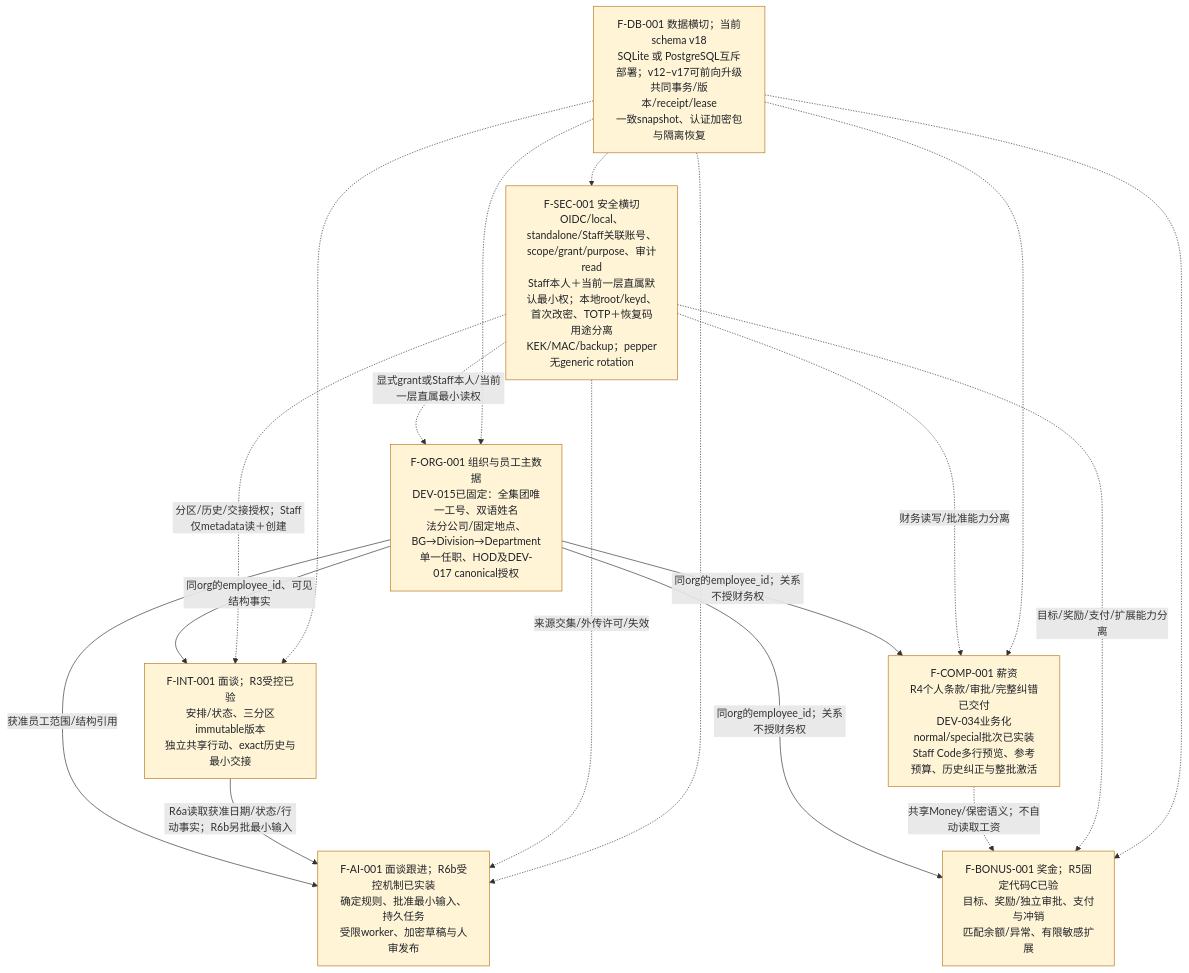
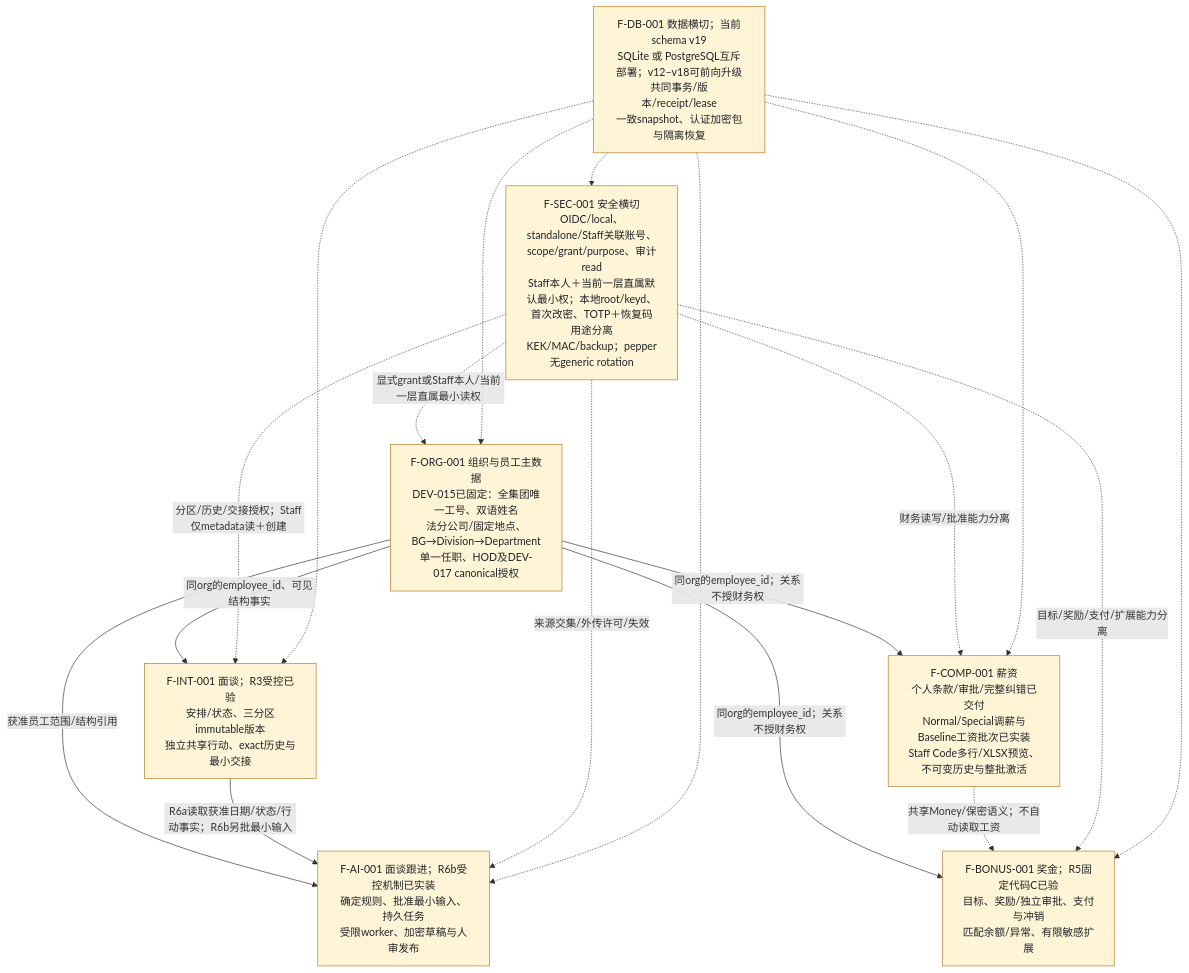
The first of 14 diagrams in docs/FUNCTIONAL_SPEC.md (r404r/team-ledger-pub), drawn with Mermaid before and after one commit. The commit also changed other lines of this file and 5 other files, not shown here.

````diff
--- a/docs/FUNCTIONAL_SPEC.md
+++ b/docs/FUNCTIONAL_SPEC.md
@@ -16,30 +16,30 @@
 ```mermaid
 flowchart TB
     org["F-ORG-001 组织与员工主数据<br/>DEV-015已固定：全集团唯一工号、双语姓名<br/>法分公司/固定地点、BG→Division→Department<br/>单一任职、HOD及DEV-017 canonical授权"]
     interview["F-INT-001 面谈；R3受控已验<br/>安排/状态、三分区immutable版本<br/>独立共享行动、exact历史与最小交接"]
-    comp["F-COMP-001 薪资<br/>R4个人条款/审批/完整纠错已交付<br/>DEV-034业务化normal/special批次已实装<br/>Staff Code多行预览、参考预算、历史纠正与整批激活"]
+    comp["F-COMP-001 薪资<br/>个人条款/审批/完整纠错已交付<br/>Normal/Special调薪与Baseline工资批次已实装<br/>Staff Code多行/XLSX预览、不可变历史与整批激活"]
     bonus["F-BONUS-001 奖金；R5固定代码C已验<br/>目标、奖励/独立审批、支付与冲销<br/>匹配余额/异常、有限敏感扩展"]
     ai["F-AI-001 面谈跟进；R6b受控机制已实装<br/>确定规则、批准最小输入、持久任务<br/>受限worker、加密草稿与人审发布"]
     sec["F-SEC-001 安全横切<br/>OIDC/local、standalone/Staff关联账号、scope/grant/purpose、审计read<br/>Staff本人＋当前一层直属默认最小权；本地root/keyd、首次改密、TOTP＋恢复码<br/>用途分离KEK/MAC/backup；pepper无generic rotation"]
-    db["F-DB-001 数据横切；当前schema v18<br/>SQLite 或 PostgreSQL互斥部署；v12–v17可前向升级<br/>共同事务/版本/receipt/lease<br/>一致snapshot、认证加密包与隔离恢复"]
+    db["F-DB-001 数据横切；当前schema v19<br/>SQLite 或 PostgreSQL互斥部署；v12–v18可前向升级<br/>共同事务/版本/receipt/lease<br/>一致snapshot、认证加密包与隔离恢复"]
     org -->|"同org的employee_id、可见结构事实"| interview
     org -->|"同org的employee_id；关系不授财务权"| comp
     org -->|"同org的employee_id；关系不授财务权"| bonus
     org -->|"获准员工范围/结构引用"| ai
     interview -->|"R6a读取获准日期/状态/行动事实；R6b另批最小输入"| ai
     comp -.->|"共享Money/保密语义；不自动读取工资"| bonus
     sec -.->|"显式grant或Staff本人/当前一层直属最小读权"| org
     sec -.->|"分区/历史/交接授权；Staff仅metadata读＋创建"| interview
     sec -.->|"财务读写/批准能力分离"| comp
     sec -.->|"目标/奖励/支付/扩展能力分离"| bonus
     sec -.->|"来源交集/外传许可/失效"| ai
     db -.-> org
     db -.-> interview
     db -.-> comp
     db -.-> bonus
     db -.-> ai
     db -.-> sec
     classDef partial fill:#fff4d6,stroke:#b7791f,color:#1f2328;
     classDef planned fill:#eef2ff,stroke:#64748b,color:#1f2328;
     class org,interview,comp,bonus,ai,sec,db partial;
 ```
````
